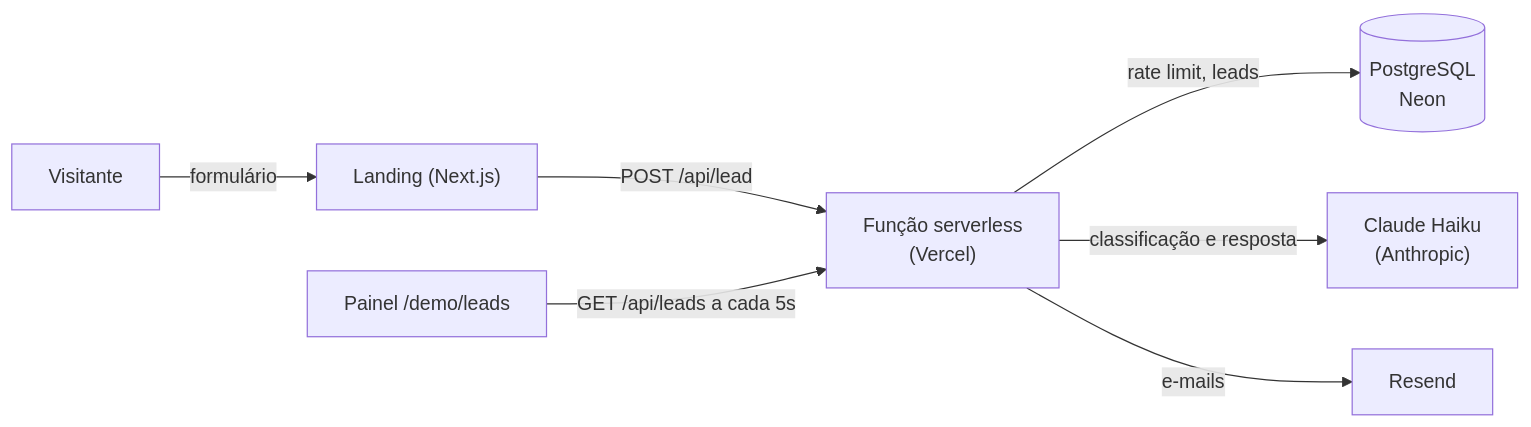
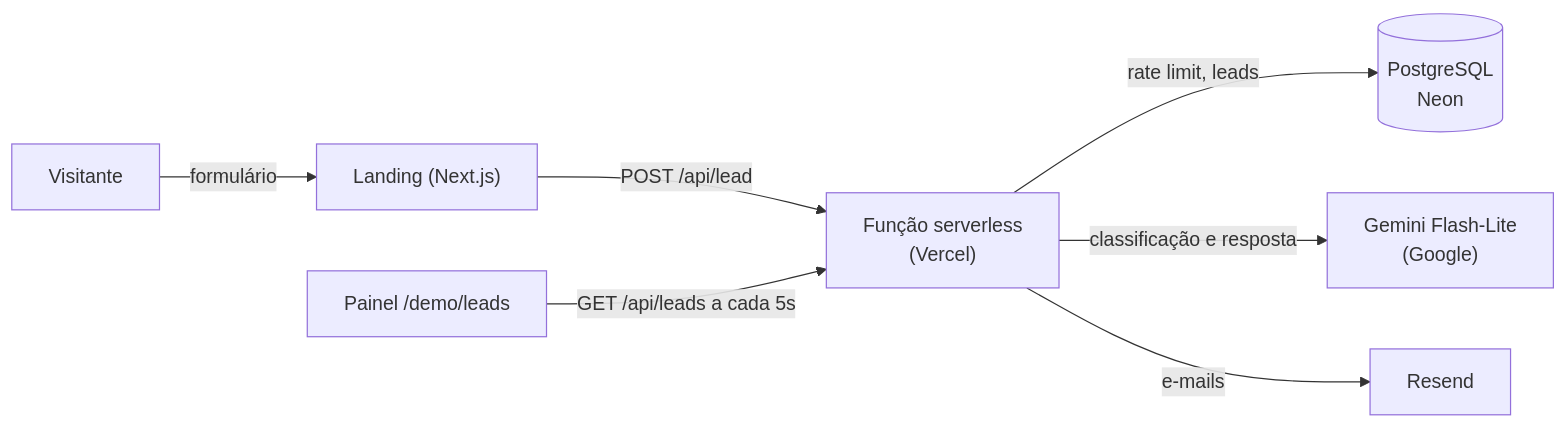
The first of 2 diagrams in README.md (Joaopedro0s/captacao-inteligente), drawn with Mermaid before and after one commit. The commit also changed other lines of this file and 8 other files, not shown here.

First line of the commit message:
feat: troca o provedor de IA para o Google Gemini (plano gratuito)

````diff
--- a/README.md
+++ b/README.md
@@ -24,9 +24,9 @@
 ```mermaid
 flowchart LR
     V[Visitante] -->|formulário| L["Landing (Next.js)"]
     L -->|POST /api/lead| F["Função serverless<br/>(Vercel)"]
     F -->|rate limit, leads| DB[("PostgreSQL<br/>Neon")]
-    F -->|classificação e resposta| AI["Claude Haiku<br/>(Anthropic)"]
+    F -->|classificação e resposta| AI["Gemini Flash-Lite<br/>(Google)"]
     F -->|e-mails| R[Resend]
     P["Painel /demo/leads"] -->|GET /api/leads a cada 5s| F
 ```
````
